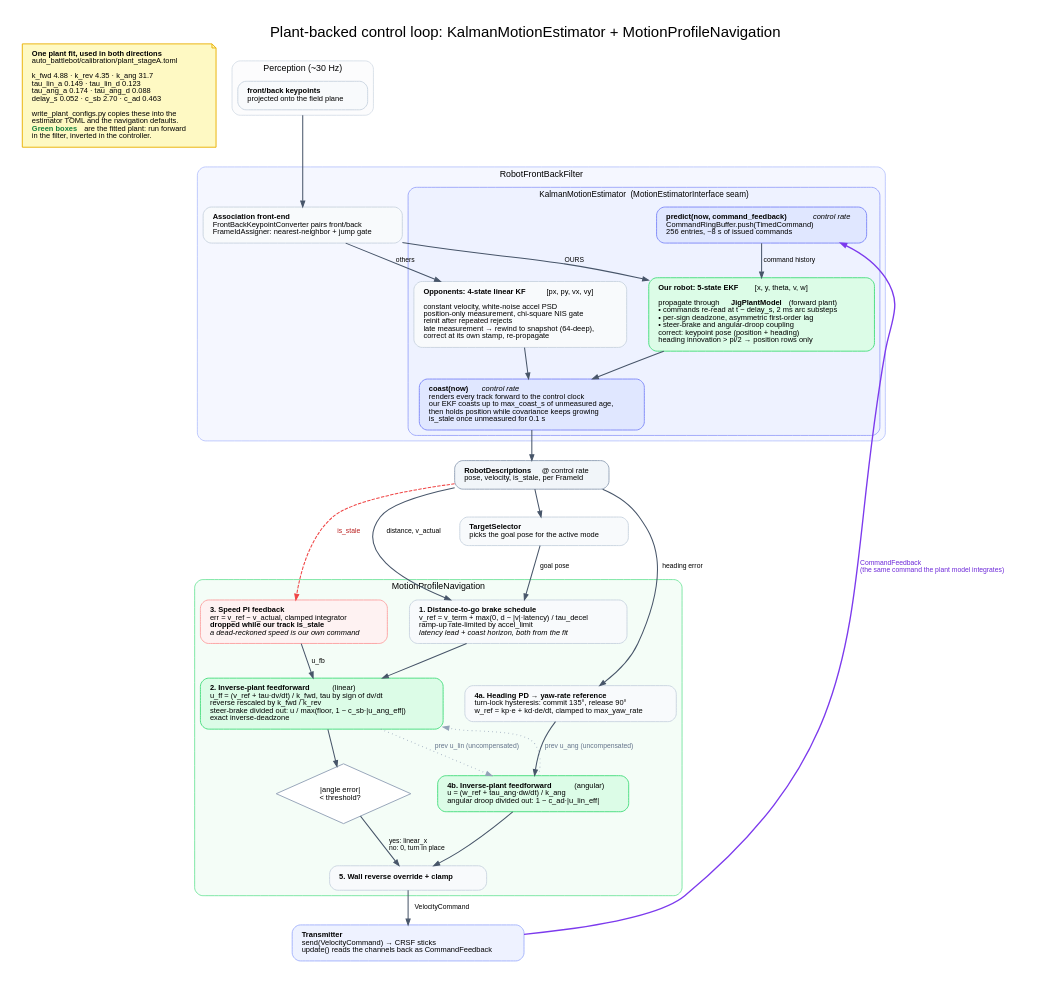
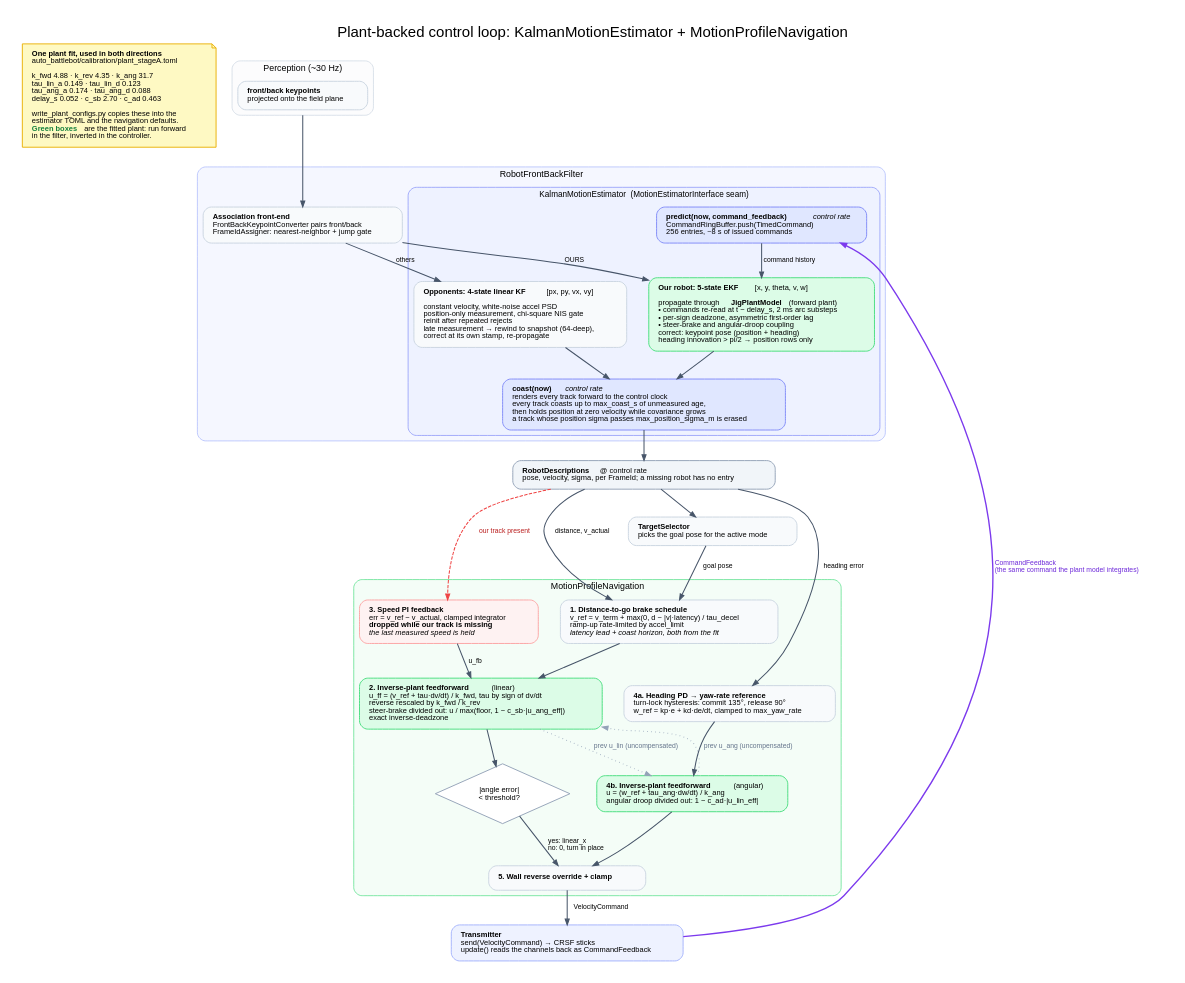
Before and after one commit to Woz4tetra/auto-battlebot: the diagram in docs/diagrams/plant_backed_control.dot, drawn with Graphviz. The commit also changed 61 other files, not shown here.

```diff
--- a/docs/diagrams/plant_backed_control.dot
+++ b/docs/diagrams/plant_backed_control.dot
@@ -1,161 +1,161 @@
 digraph PlantBackedControl {
     graph [
         rankdir=TB
         label="Plant-backed control loop: KalmanMotionEstimator + MotionProfileNavigation"
         labelloc=t
         fontsize=22
         fontname="Helvetica"
         pad=0.35
         nodesep=0.45
         ranksep=0.55
         splines=spline
         bgcolor="white"
         compound=true
     ];
     node [
         shape=box
         style="rounded,filled"
         fillcolor="#F8FAFC"
         color="#CBD5E1"
         fontname="Helvetica"
         fontsize=11
         penwidth=1.4
         margin="0.20,0.14"
     ];
     edge [
         color="#475569"
         penwidth=1.5
         arrowsize=0.85
         fontname="Helvetica"
         fontsize=10
     ];
 
     /* ---------- one source of truth for the plant numbers ---------- */
     fit [
         shape=note
         fillcolor="#FEF9C3"
         color="#EAB308"
         label=<<b>One plant fit, used in both directions</b><br align="left"/>auto_battlebot/calibration/plant_stageA.toml<br align="left"/><br align="left"/>k_fwd 4.88 &#183; k_rev 4.35 &#183; k_ang 31.7<br align="left"/>tau_lin_a 0.149 &#183; tau_lin_d 0.123<br align="left"/>tau_ang_a 0.174 &#183; tau_ang_d 0.088<br align="left"/>delay_s 0.052 &#183; c_sb 2.70 &#183; c_ad 0.463<br align="left"/><br align="left"/>write_plant_configs.py copies these into the<br align="left"/>estimator TOML and the navigation defaults.<br align="left"/><font color="#15803D"><b>Green boxes</b></font> are the fitted plant: run forward<br align="left"/>in the filter, inverted in the controller.<br align="left"/>>
     ];
 
     /* ---------- perception ---------- */
     subgraph cluster_perception {
         label="Perception (~30 Hz)";
         fontname="Helvetica"; fontsize=13; color="#CBD5E1"; style="rounded"; bgcolor="#FCFCFD";
         meas [label=<<b>front/back keypoints</b><br align="left"/>projected onto the field plane<br align="left"/>>];
     }
 
     /* ---------- filter ---------- */
     subgraph cluster_filter {
         label="RobotFrontBackFilter";
         fontname="Helvetica"; fontsize=13; color="#A5B4FC"; style="rounded"; bgcolor="#F5F7FF";
 
         assoc [label=<<b>Association front-end</b><br align="left"/>FrontBackKeypointConverter pairs front/back<br align="left"/>FrameIdAssigner: nearest-neighbor + jump gate<br align="left"/>>];
 
         subgraph cluster_estimator {
             label="KalmanMotionEstimator  (MotionEstimatorInterface seam)";
             fontname="Helvetica"; fontsize=12; color="#818CF8"; style="rounded"; bgcolor="#EEF2FF";
 
             ring [
                 fillcolor="#E0E7FF" color="#818CF8"
                 label=<<b>predict(now, command_feedback)</b>  <i>control rate</i><br align="left"/>CommandRingBuffer.push(TimedCommand)<br align="left"/>256 entries, ~8 s of issued commands<br align="left"/>>
             ];
 
             our [
                 fillcolor="#DCFCE7" color="#4ADE80"
                 label=<<b>Our robot: 5-state EKF</b>  [x, y, theta, v, w]<br align="left"/><br align="left"/>propagate through <b>JigPlantModel</b> (forward plant)<br align="left"/>&#8226; commands re-read at t &#8722; delay_s, 2 ms arc substeps<br align="left"/>&#8226; per-sign deadzone, asymmetric first-order lag<br align="left"/>&#8226; steer-brake and angular-droop coupling<br align="left"/>correct: keypoint pose (position + heading)<br align="left"/>heading innovation &gt; pi/2 &#8594; position rows only<br align="left"/>>
             ];
 
             opp [
                 label=<<b>Opponents: 4-state linear KF</b>  [px, py, vx, vy]<br align="left"/><br align="left"/>constant velocity, white-noise accel PSD<br align="left"/>position-only measurement, chi-square NIS gate<br align="left"/>reinit after repeated rejects<br align="left"/>late measurement &#8594; rewind to snapshot (64-deep),<br align="left"/>correct at its own stamp, re-propagate<br align="left"/>>
             ];
 
             coast [
                 fillcolor="#E0E7FF" color="#818CF8"
-                label=<<b>coast(now)</b>  <i>control rate</i><br align="left"/>renders every track forward to the control clock<br align="left"/>our EKF coasts up to max_coast_s of unmeasured age,<br align="left"/>then holds position while covariance keeps growing<br align="left"/>is_stale once unmeasured for 0.1 s<br align="left"/>>
+                label=<<b>coast(now)</b>  <i>control rate</i><br align="left"/>renders every track forward to the control clock<br align="left"/>every track coasts up to max_coast_s of unmeasured age,<br align="left"/>then holds position at zero velocity while covariance grows<br align="left"/>a track whose position sigma passes max_position_sigma_m is erased<br align="left"/>>
             ];
         }
     }
 
     robots [
         fillcolor="#F1F5F9" color="#94A3B8"
-        label=<<b>RobotDescriptions</b> @ control rate<br align="left"/>pose, velocity, is_stale, per FrameId<br align="left"/>>
+        label=<<b>RobotDescriptions</b> @ control rate<br align="left"/>pose, velocity, sigma, per FrameId; a missing robot has no entry<br align="left"/>>
     ];
 
     target [label=<<b>TargetSelector</b><br align="left"/>picks the goal pose for the active mode<br align="left"/>>];
 
     /* ---------- navigation ---------- */
     subgraph cluster_nav {
         label="MotionProfileNavigation";
         fontname="Helvetica"; fontsize=13; color="#4ADE80"; style="rounded"; bgcolor="#F4FDF7";
 
         vref [
             label=<<b>1. Distance-to-go brake schedule</b><br align="left"/>v_ref = v_term + max(0, d &#8722; |v|&#183;latency) / tau_decel<br align="left"/>ramp-up rate-limited by accel_limit<br align="left"/><i>latency lead + coast horizon, both from the fit</i><br align="left"/>>
         ];
 
         ulin [
             fillcolor="#DCFCE7" color="#4ADE80"
             label=<<b>2. Inverse-plant feedforward</b>  (linear)<br align="left"/>u_ff = (v_ref + tau&#183;dv/dt) / k_fwd, tau by sign of dv/dt<br align="left"/>reverse rescaled by k_fwd / k_rev<br align="left"/>steer-brake divided out: u / max(floor, 1 &#8722; c_sb&#183;|u_ang_eff|)<br align="left"/>exact inverse-deadzone<br align="left"/>>
         ];
 
         fb [
             fillcolor="#FEF2F2" color="#FCA5A5"
-            label=<<b>3. Speed PI feedback</b><br align="left"/>err = v_ref &#8722; v_actual, clamped integrator<br align="left"/><b>dropped while our track is_stale</b><br align="left"/><i>a dead-reckoned speed is our own command</i><br align="left"/>>
+            label=<<b>3. Speed PI feedback</b><br align="left"/>err = v_ref &#8722; v_actual, clamped integrator<br align="left"/><b>dropped while our track is missing</b><br align="left"/><i>the last measured speed is held</i><br align="left"/>>
         ];
 
         wref [
             label=<<b>4a. Heading PD &#8594; yaw-rate reference</b><br align="left"/>turn-lock hysteresis: commit 135&#176;, release 90&#176;<br align="left"/>w_ref = kp&#183;e + kd&#183;de/dt, clamped to max_yaw_rate<br align="left"/>>
         ];
 
         uang [
             fillcolor="#DCFCE7" color="#4ADE80"
             label=<<b>4b. Inverse-plant feedforward</b>  (angular)<br align="left"/>u = (w_ref + tau_ang&#183;dw/dt) / k_ang<br align="left"/>angular droop divided out: 1 &#8722; c_ad&#183;|u_lin_eff|<br align="left"/>>
         ];
 
         gate [
             shape=diamond style=filled fillcolor="#FFFFFF" color="#94A3B8"
             label=<|angle error|<br/>&lt; threshold?>
         ];
 
         wall [label=<<b>5. Wall reverse override + clamp</b><br align="left"/>>];
     }
 
     tx [
         fillcolor="#EEF2FF" color="#A5B4FC"
         label=<<b>Transmitter</b><br align="left"/>send(VelocityCommand) &#8594; CRSF sticks<br align="left"/>update() reads the channels back as CommandFeedback<br align="left"/>>
     ];
 
     /* ---------- main flow ---------- */
     meas -> assoc [ltail=cluster_perception];
     assoc -> our   [label="  OURS"];
     assoc -> opp   [label="  others"];
     our   -> coast;
     opp   -> coast;
     ring  -> our [label="  command history\l"];
     coast -> robots;
     robots -> target;
     target -> vref [label="  goal pose  "];
     robots -> vref [label="  distance, v_actual  "];
-    robots -> fb   [label="  is_stale  " style=dashed color="#EF4444" fontcolor="#B91C1C"];
+    robots -> fb   [label="  our track present  " style=dashed color="#EF4444" fontcolor="#B91C1C"];
     robots -> wref [label="  heading error  "];
 
     vref -> ulin;
     fb   -> ulin [label="  u_fb  "];
     wref -> uang;
     ulin -> gate;
     uang -> wall;
     gate -> wall [label="  yes: linear_x\l  no: 0, turn in place\l"];
     wall -> tx   [label="  VelocityCommand  "];
 
     /* ---------- the loop closes here ---------- */
     tx -> ring [
         label="  CommandFeedback  \l  (the same command the plant model integrates)  \l"
         color="#7C3AED" fontcolor="#6D28D9" penwidth=2.0 style=bold
         constraint=false
     ];
 
     /* ---------- mutual coupling compensation ---------- */
     ulin -> uang [label="  prev u_lin (uncompensated)  " style=dotted color="#94A3B8" fontcolor="#64748B" constraint=false];
     uang -> ulin [label="  prev u_ang (uncompensated)  " style=dotted color="#94A3B8" fontcolor="#64748B" constraint=false];
 
 }
```
